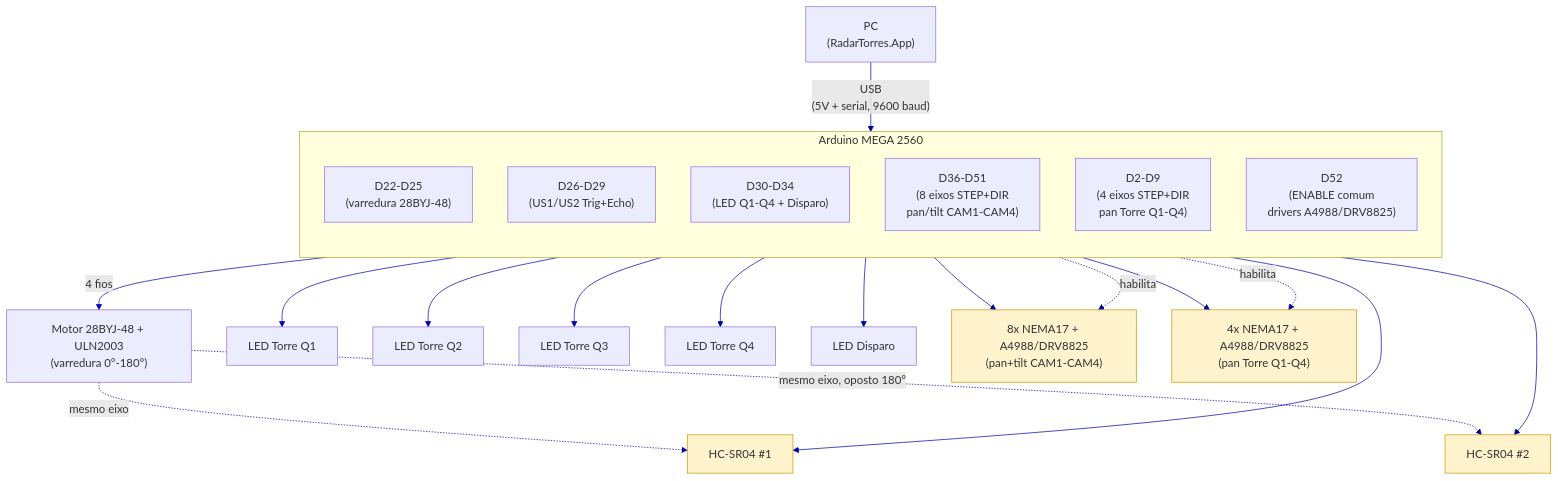
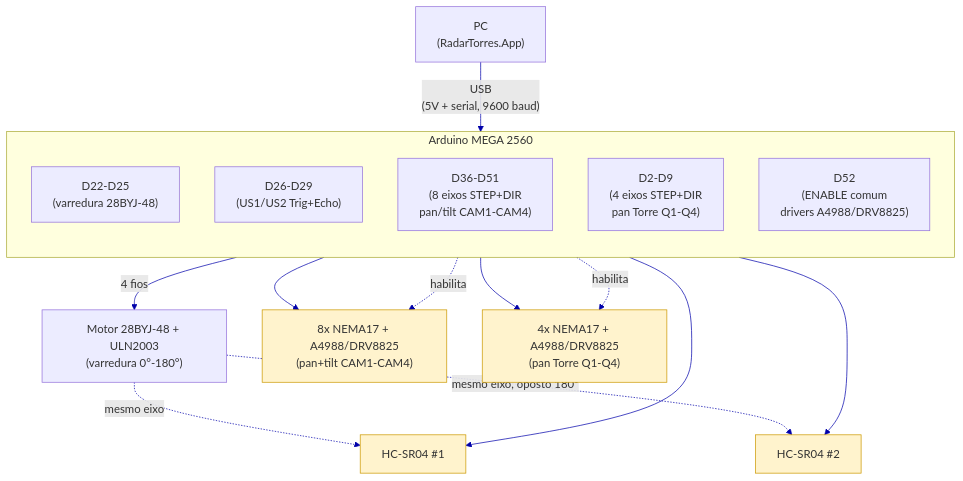
The diagram in Docs/Documentos_Entregaveis/Diagrama_Eletrico.md (Matheus-Emanoel-Souza/Sistema_Rastreamento_Alvos_Arduino), drawn with Mermaid before and after one commit. The commit also changed other lines of this file and 5 other files, not shown here.

Commit message:
estrutura: adiciona entrada de tempo de deteccao a rede e remove LEDs de torre/disparo

````diff
--- a/Docs/Documentos_Entregaveis/Diagrama_Eletrico.md
+++ b/Docs/Documentos_Entregaveis/Diagrama_Eletrico.md
@@ -93,36 +81,29 @@
 ```mermaid
 flowchart TB
     PC["PC\n(RadarTorres.App)"] -- "USB\n(5V + serial, 9600 baud)" --> MEGA
 
     subgraph MEGA["Arduino MEGA 2560"]
         direction TB
         SWEEP_PINS["D22-D25\n(varredura 28BYJ-48)"]
         US_PINS["D26-D29\n(US1/US2 Trig+Echo)"]
-        LED_PINS["D30-D34\n(LED Q1-Q4 + Disparo)"]
         CAM_PINS["D36-D51\n(8 eixos STEP+DIR\npan/tilt CAM1-CAM4)"]
         TORRE_PINS["D2-D9\n(4 eixos STEP+DIR\npan Torre Q1-Q4)"]
         ENABLE_PIN["D52\n(ENABLE comum\ndrivers A4988/DRV8825)"]
     end
 
     SWEEP_PINS -- "4 fios" --> SWEEP["Motor 28BYJ-48 + ULN2003\n(varredura 0°-180°)"]
     SWEEP -. "mesmo eixo" .-> US1["HC-SR04 #1"]
     SWEEP -. "mesmo eixo, oposto 180°" .-> US2["HC-SR04 #2"]
     US_PINS --> US1
     US_PINS --> US2
 
-    LED_PINS --> LEDQ1["LED Torre Q1"]
-    LED_PINS --> LEDQ2["LED Torre Q2"]
-    LED_PINS --> LEDQ3["LED Torre Q3"]
-    LED_PINS --> LEDQ4["LED Torre Q4"]
-    LED_PINS --> LEDFIRE["LED Disparo"]
-
     CAM_PINS --> CAMS["8x NEMA17 + A4988/DRV8825\n(pan+tilt CAM1-CAM4)"]
     TORRE_PINS --> TORRES["4x NEMA17 + A4988/DRV8825\n(pan Torre Q1-Q4)"]
     ENABLE_PIN -. "habilita" .-> CAMS
     ENABLE_PIN -. "habilita" .-> TORRES
 
     classDef todo fill:#fff3cd,stroke:#cc9900
     class CAMS,TORRES,US1,US2 todo
 
     linkStyle default stroke:#0000aa
 ```
````
